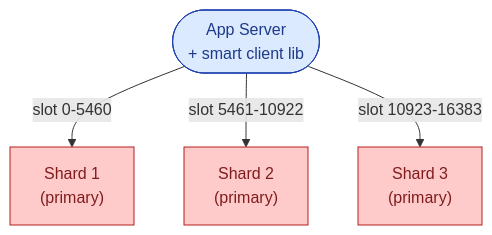
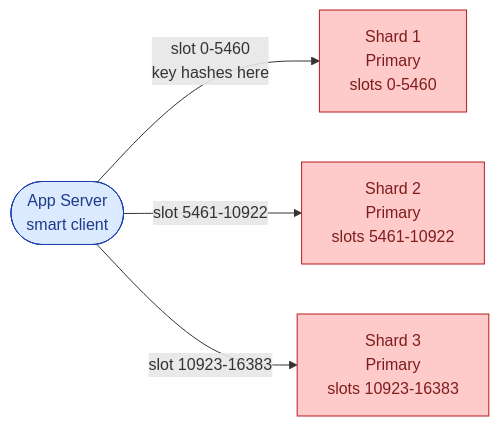
Before and after one commit to shiningflash/system-design: the fourth of 11 diagrams in problems/009-distributed-cache/question.md, drawn with Mermaid. The commit also changed other lines of this file and 37 other files, not shown here.

````diff
--- a/problems/009-distributed-cache/question.md
+++ b/problems/009-distributed-cache/question.md
@@ -207,9 +138,10 @@
 ```mermaid
-flowchart TB
-    App([App Server<br/>+ smart client lib]):::user -->|slot 0-5460| S1["Shard 1<br/>(primary)"]:::cache
-    App -->|slot 5461-10922| S2["Shard 2<br/>(primary)"]:::cache
-    App -->|slot 10923-16383| S3["Shard 3<br/>(primary)"]:::cache
+flowchart LR
+    App([App Server<br/>smart client]):::user
+    App -->|"slot 0-5460<br/>key hashes here"| S1["Shard 1<br/>Primary<br/>slots 0-5460"]:::cache
+    App -->|"slot 5461-10922"| S2["Shard 2<br/>Primary<br/>slots 5461-10922"]:::cache
+    App -->|"slot 10923-16383"| S3["Shard 3<br/>Primary<br/>slots 10923-16383"]:::cache
 
     classDef user fill:#dbeafe,stroke:#1e40af,color:#1e3a8a
     classDef cache fill:#fecaca,stroke:#b91c1c,color:#7f1d1d
 ```
````
